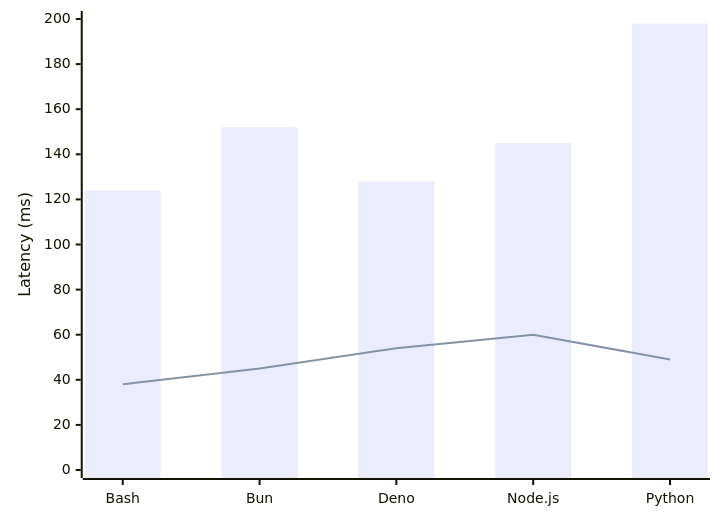
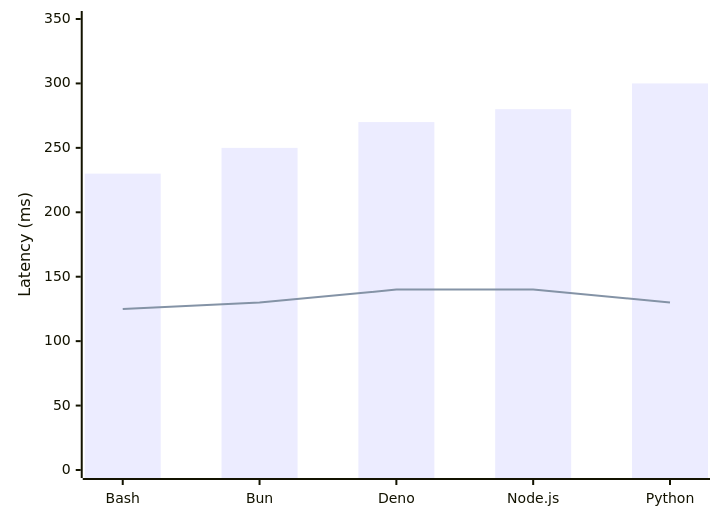
The second of 4 diagrams in docs/benchmarks.mdx (Illusion47586/isol8), drawn with Mermaid before and after one commit. The commit also changed other lines of this file, not shown here.

````diff
--- a/docs/benchmarks.mdx
+++ b/docs/benchmarks.mdx
@@ -87,15 +87,15 @@
 ```mermaid
 ---
 config:
   xyChart:
     xAxis:
       label: "Runtime"
     yAxis:
       label: "Latency (ms)"
 ---
 xychart-beta
     x-axis ["Bash", "Bun", "Deno", "Node.js", "Python"]
-    y-axis "Latency (ms)" 0 --> 200
-    bar [124, 152, 128, 145, 198]
-    line [38, 45, 54, 60, 49]
+    y-axis "Latency (ms)" 0 --> 350
+    bar [230, 250, 270, 280, 300]
+    line [125, 130, 140, 140, 130]
 ```
````
